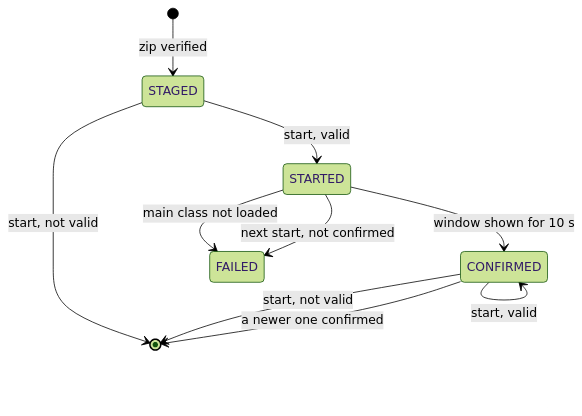
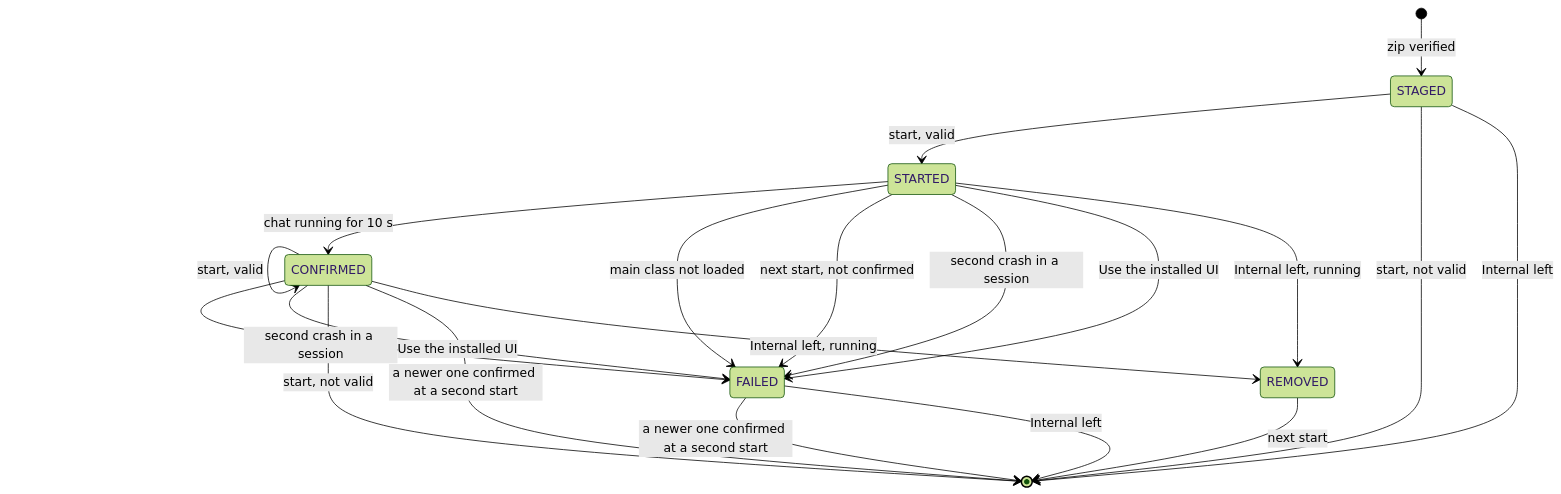
Before and after one commit to simplex-chat/simplex-chat: the first of 4 diagrams in plans/2026-11-17-desktop-ui-updates.md, drawn with Mermaid (forest theme). The commit also changed other lines of this file and 12 other files, not shown here.

First line of the commit message:
desktop: UI updates staged within limits, confirmed after the chat starts, removed outside Internal

````diff
--- a/plans/2026-11-17-desktop-ui-updates.md
+++ b/plans/2026-11-17-desktop-ui-updates.md
@@ -66,12 +88,22 @@
 ```mermaid
 stateDiagram-v2
   [*] --> STAGED: zip verified
   STAGED --> STARTED: start, valid
-  STARTED --> CONFIRMED: window shown for 10 s
+  STARTED --> CONFIRMED: chat running for 10 s
   STARTED --> FAILED: main class not loaded
   STARTED --> FAILED: next start, not confirmed
+  STARTED --> FAILED: second crash in a session
   CONFIRMED --> CONFIRMED: start, valid
+  CONFIRMED --> FAILED: second crash in a session
+  STARTED --> FAILED: Use the installed UI
+  CONFIRMED --> FAILED: Use the installed UI
   STAGED --> [*]: start, not valid
   CONFIRMED --> [*]: start, not valid
-  CONFIRMED --> [*]: a newer one confirmed
+  CONFIRMED --> [*]: a newer one confirmed at a second start
+  FAILED --> [*]: a newer one confirmed at a second start
+  STAGED --> [*]: Internal left
+  FAILED --> [*]: Internal left
+  STARTED --> REMOVED: Internal left, running
+  CONFIRMED --> REMOVED: Internal left, running
+  REMOVED --> [*]: next start
 ```
````
